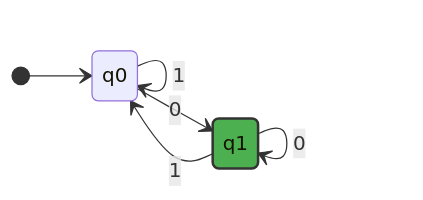
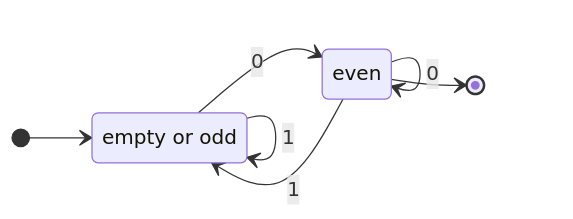
Before and after one commit to aarnphm/aarnphm.github.io: the third of 3 diagrams in content/thoughts/DFA.md, drawn with Mermaid. The commit also changed other lines of this file and 10 other files, not shown here.

````diff
--- a/content/thoughts/DFA.md
+++ b/content/thoughts/DFA.md
@@ -212,16 +165,12 @@
 ```mermaid
 stateDiagram-v2
-  direction LR
-  classDef accepting fill:#4CAF50,stroke:#333,stroke-width:2px
-
-  s0: q0
-  s1: q1
-
-  [*] --> s0
-  s0 --> s1: 0
-  s1 --> s0: 1
-  s0 --> s0: 1
-  s1 --> s1: 0
-
-  class s1 accepting
+    direction LR
+    s0: empty or odd
+    s1: even
+    [*] --> s0
+    s0 --> s1: 0
+    s0 --> s0: 1
+    s1 --> s1: 0
+    s1 --> s0: 1
+    s1 --> [*]
 ```
````
